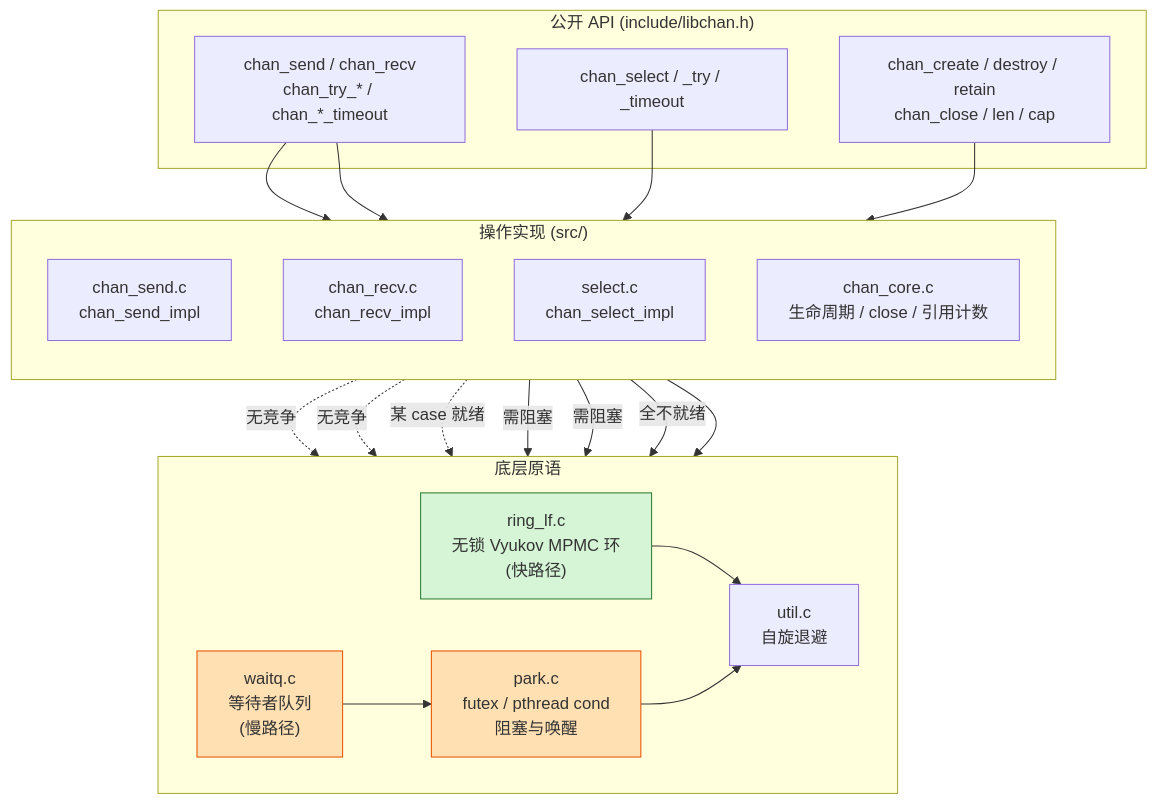
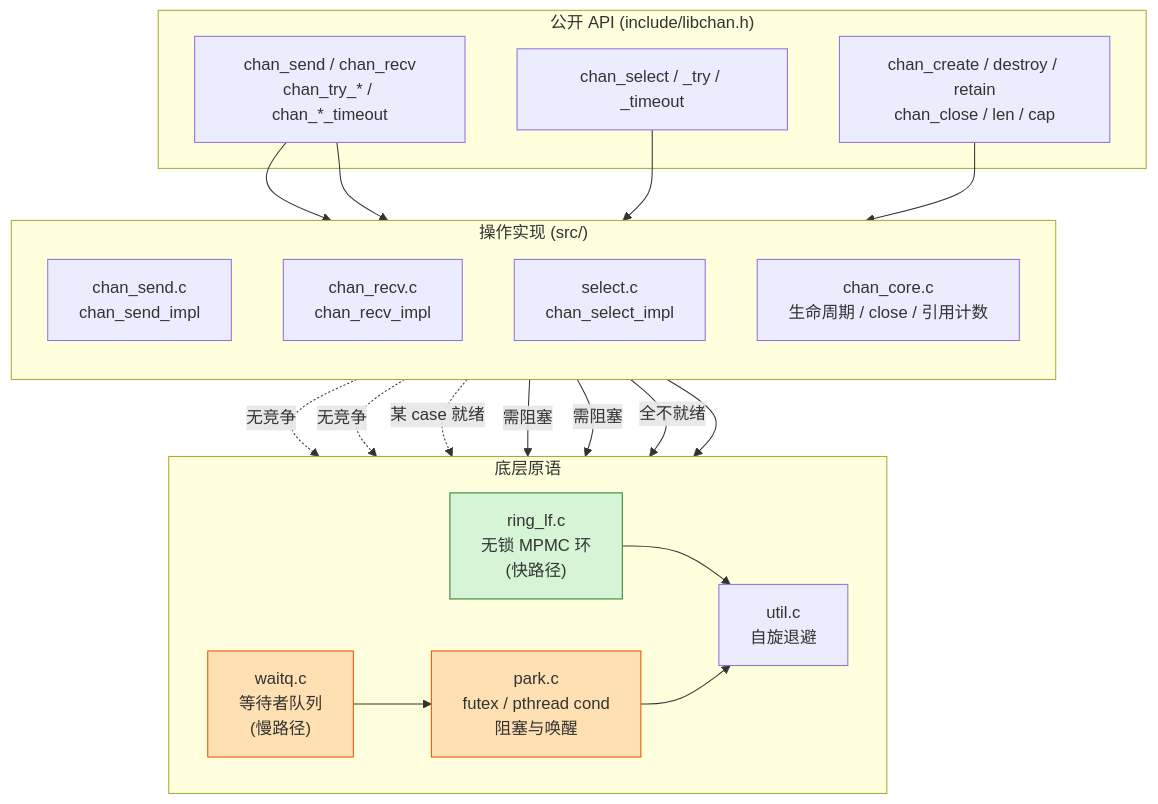
Before and after one commit to calcky/libchan: the first of 4 diagrams in doc/architecture.md, drawn with Mermaid. The commit also changed other lines of this file and 3 other files, not shown here.

First line of the commit message:
docs/bench: correct ring naming (DPDK rte_ring, not Vyukov) + CI reference table

````diff
--- a/doc/architecture.md
+++ b/doc/architecture.md
@@ -13,44 +13,44 @@
 ```mermaid
 flowchart TB
     subgraph API["公开 API (include/libchan.h)"]
         A1["chan_send / chan_recv<br/>chan_try_* / chan_*_timeout"]
         A2["chan_select / _try / _timeout"]
         A3["chan_create / destroy / retain<br/>chan_close / len / cap"]
     end
 
     subgraph OPS["操作实现 (src/)"]
         direction TB
         S["chan_send.c<br/>chan_send_impl"]
         R["chan_recv.c<br/>chan_recv_impl"]
         SEL["select.c<br/>chan_select_impl"]
         CORE["chan_core.c<br/>生命周期 / close / 引用计数"]
     end
 
     subgraph PRIM["底层原语"]
         direction LR
-        RING["ring_lf.c<br/>无锁 Vyukov MPMC 环<br/>(快路径)"]
+        RING["ring_lf.c<br/>无锁 MPMC 环<br/>(快路径)"]
         WAITQ["waitq.c<br/>等待者队列<br/>(慢路径)"]
         PARK["park.c<br/>futex / pthread cond<br/>阻塞与唤醒"]
         UTIL["util.c<br/>自旋退避"]
     end
 
     A1 --> S & R
     A2 --> SEL
     A3 --> CORE
 
     S -.->|无竞争| RING
     R -.->|无竞争| RING
     SEL -.->|某 case 就绪| RING
     S -->|需阻塞| WAITQ
     R -->|需阻塞| WAITQ
     SEL -->|全不就绪| WAITQ
     WAITQ --> PARK
     RING --> UTIL
     PARK --> UTIL
     CORE --> WAITQ
 
     classDef fast fill:#d6f5d6,stroke:#2e7d32;
     classDef slow fill:#ffe0b2,stroke:#e65100;
     class RING fast;
     class WAITQ,PARK slow;
 ```
````
